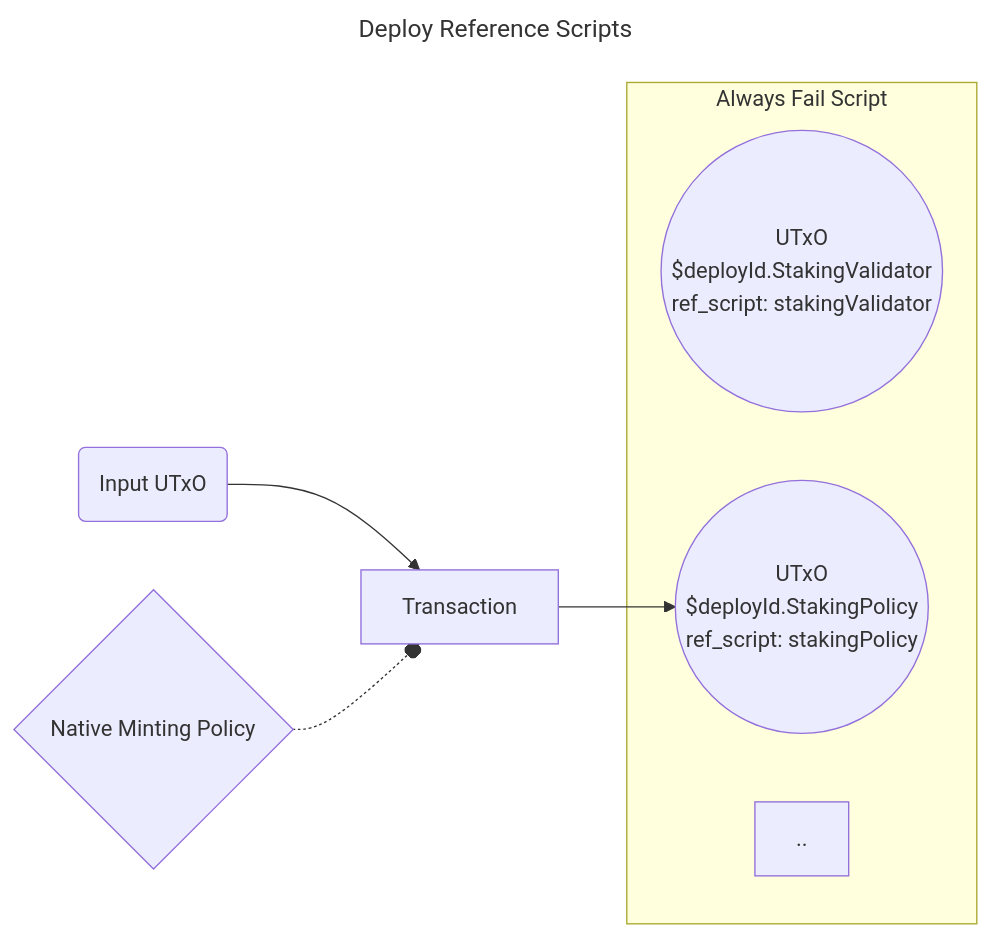
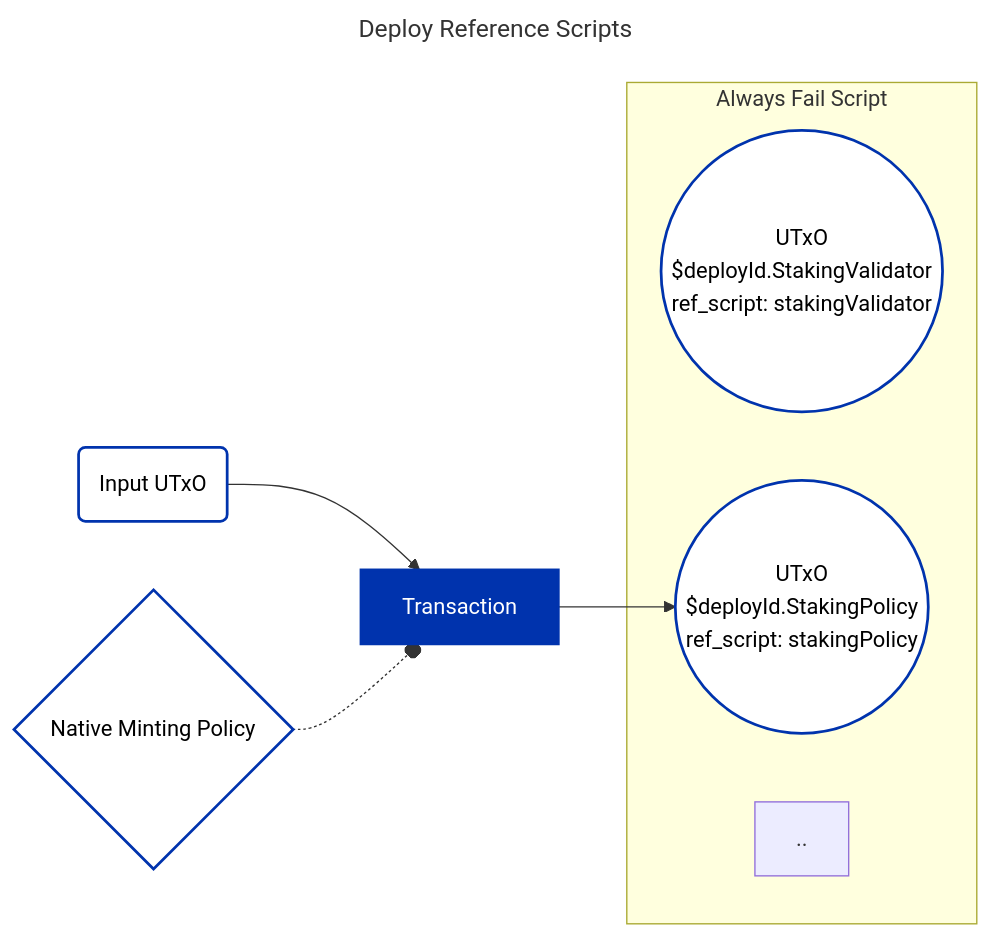
Before and after one commit to cardano-foundation/developer-portal: the third of 9 diagrams in docs/smart-contracts/smart-contract-languages/plutarch/production-grade-dapps/single-asset-staking.md, drawn with Mermaid. The commit also changed other lines of this file and 14 other files, not shown here.

Commit message:
cardano unified color scheme for mermaid diagrams

````diff
--- a/docs/smart-contracts/smart-contract-languages/plutarch/production-grade-dapps/single-asset-staking.md
+++ b/docs/smart-contracts/smart-contract-languages/plutarch/production-grade-dapps/single-asset-staking.md
@@ -124,20 +128,26 @@
 ```mermaid
 ---
 title: Deploy Reference Scripts
 ---
 graph LR
     I1(Input UTxO)
     TX[ Transaction ]
     subgraph Always Fail Script
     O1(("UTxO
         $deployId.StakingValidator
         ref_script: stakingValidator "))
     O2(("UTxO
         $deployId.StakingPolicy
         ref_script: stakingPolicy"))
     ..
     end
     I1 --> TX
     MP{Native Minting Policy} -.-o TX
     TX --> O2
+
+    style I1 fill:#FFFFFF,stroke:#0033AD,stroke-width:2px,color:#000000
+    style TX fill:#0033AD,stroke:#0033AD,stroke-width:2px,color:#FFFFFF
+    style O1 fill:#FFFFFF,stroke:#0033AD,stroke-width:2px,color:#000000
+    style O2 fill:#FFFFFF,stroke:#0033AD,stroke-width:2px,color:#000000
+    style MP fill:#FFFFFF,stroke:#0033AD,stroke-width:2px,color:#000000
 ```
````
